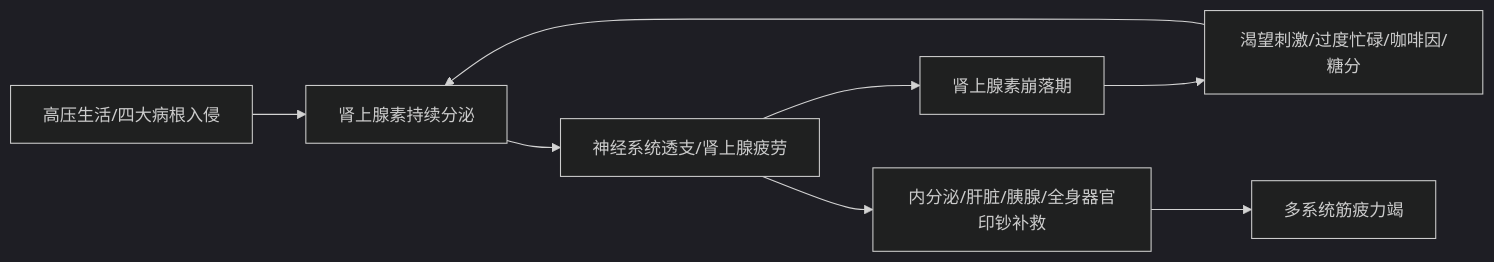
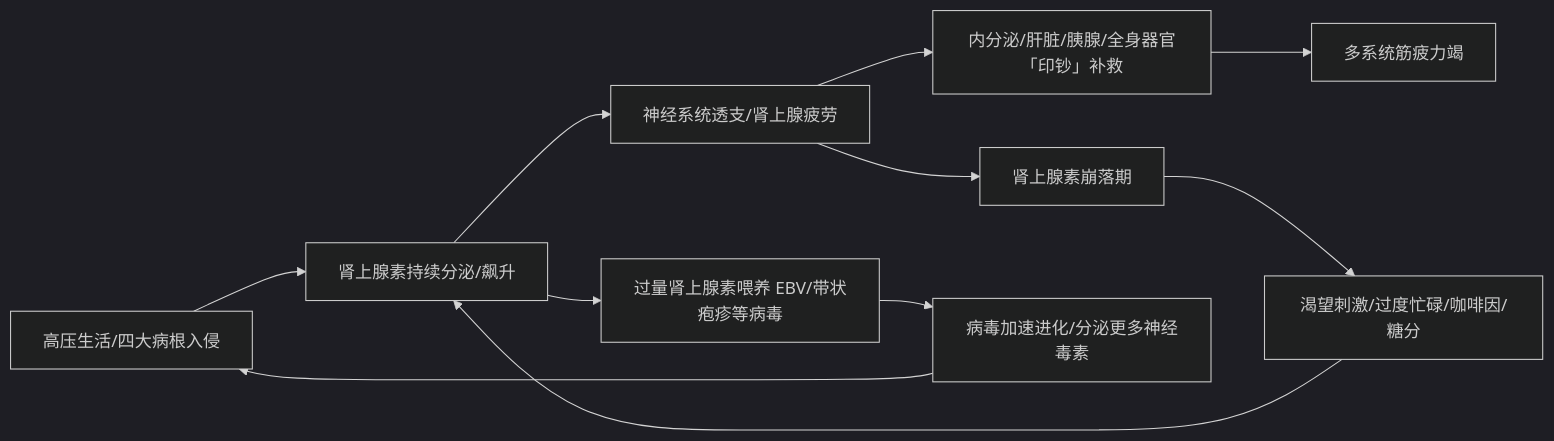
Before and after one commit to OpenDocCN1/mystery-llm-wiki: the second of 3 diagrams in pages/yi-liao-ling-mei.md, drawn with Mermaid (dark theme). The commit also changed other lines of this file and 4 other files, not shown here.

````diff
--- a/pages/yi-liao-ling-mei.md
+++ b/pages/yi-liao-ling-mei.md
@@ -86,10 +110,13 @@
 ```mermaid
 graph LR
-    A[高压生活/四大病根入侵] --> B[肾上腺素持续分泌]
+    A[高压生活/四大病根入侵] --> B[肾上腺素持续分泌/飙升]
     B --> C[神经系统透支/肾上腺疲劳]
     C --> D[肾上腺素崩落期]
     D --> E[渴望刺激/过度忙碌/咖啡因/糖分]
     E --> B
-    C --> F[内分泌/肝脏/胰腺/全身器官印钞补救]
+    C --> F[内分泌/肝脏/胰腺/全身器官「印钞」补救]
     F --> G[多系统筋疲力竭]
+    B --> H[过量肾上腺素喂养 EBV/带状疱疹等病毒]
+    H --> I[病毒加速进化/分泌更多神经毒素]
+    I --> A
 ```
````
